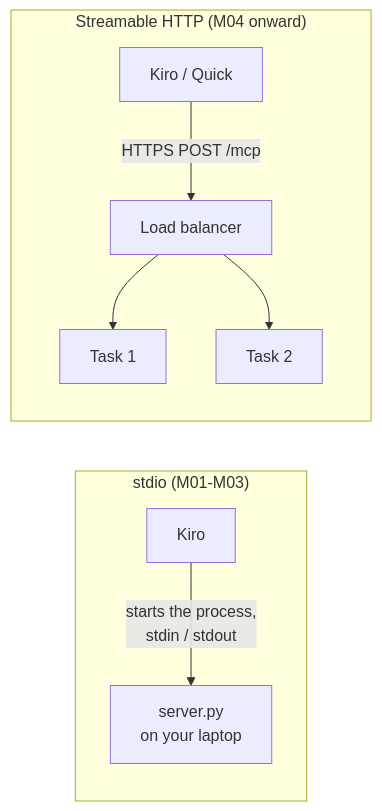
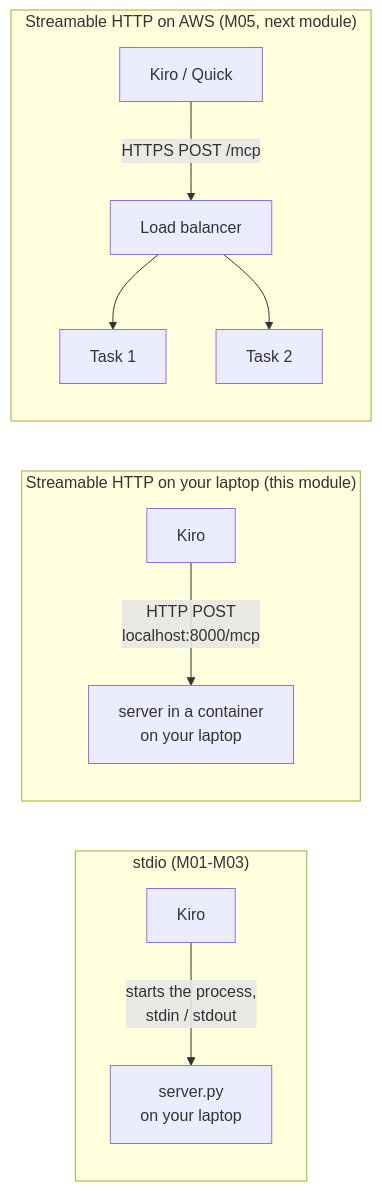
One commit to kuettai/ktws changed the diagram in AWS-001-AgenticFromScratch/day1/04-go-remote.md. Above: the diagram before and after it, drawn with Mermaid. The commit also changed other lines of this file and 6 other files, not shown here.

````diff
--- a/AWS-001-AgenticFromScratch/day1/04-go-remote.md
+++ b/AWS-001-AgenticFromScratch/day1/04-go-remote.md
@@ -44,11 +44,14 @@
 ```mermaid
 flowchart LR
     subgraph local["stdio (M01-M03)"]
         k1["Kiro"] -- "starts the process,<br/>stdin / stdout" --> s1["server.py<br/>on your laptop"]
     end
-    subgraph remote["Streamable HTTP (M04 onward)"]
+    subgraph laptop["Streamable HTTP on your laptop (this module)"]
+        k3["Kiro"] -- "HTTP POST<br/>localhost:8000/mcp" --> c1["server in a container<br/>on your laptop"]
+    end
+    subgraph remote["Streamable HTTP on AWS (M05, next module)"]
         k2["Kiro / Quick"] -- "HTTPS POST /mcp" --> lb["Load balancer"]
         lb --> t1["Task 1"]
         lb --> t2["Task 2"]
     end
 ```
````
